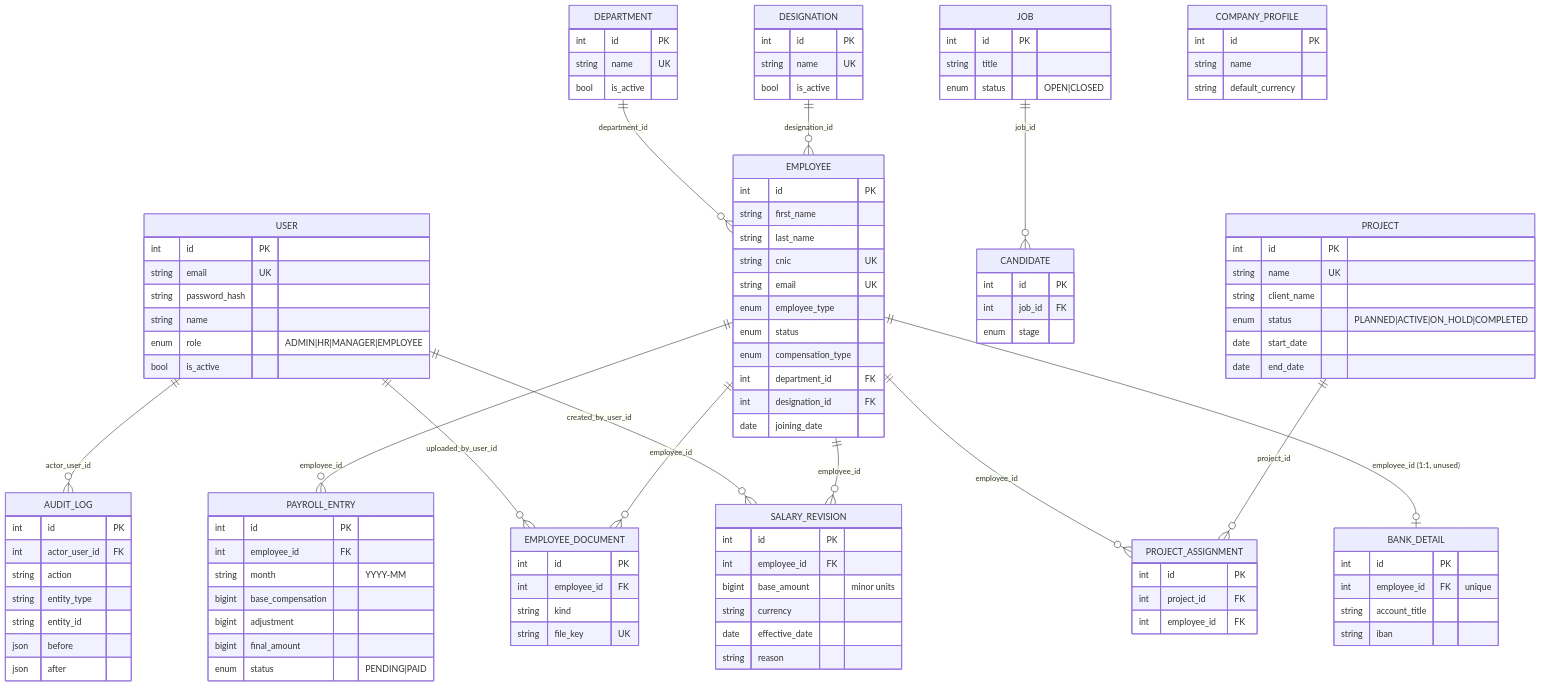
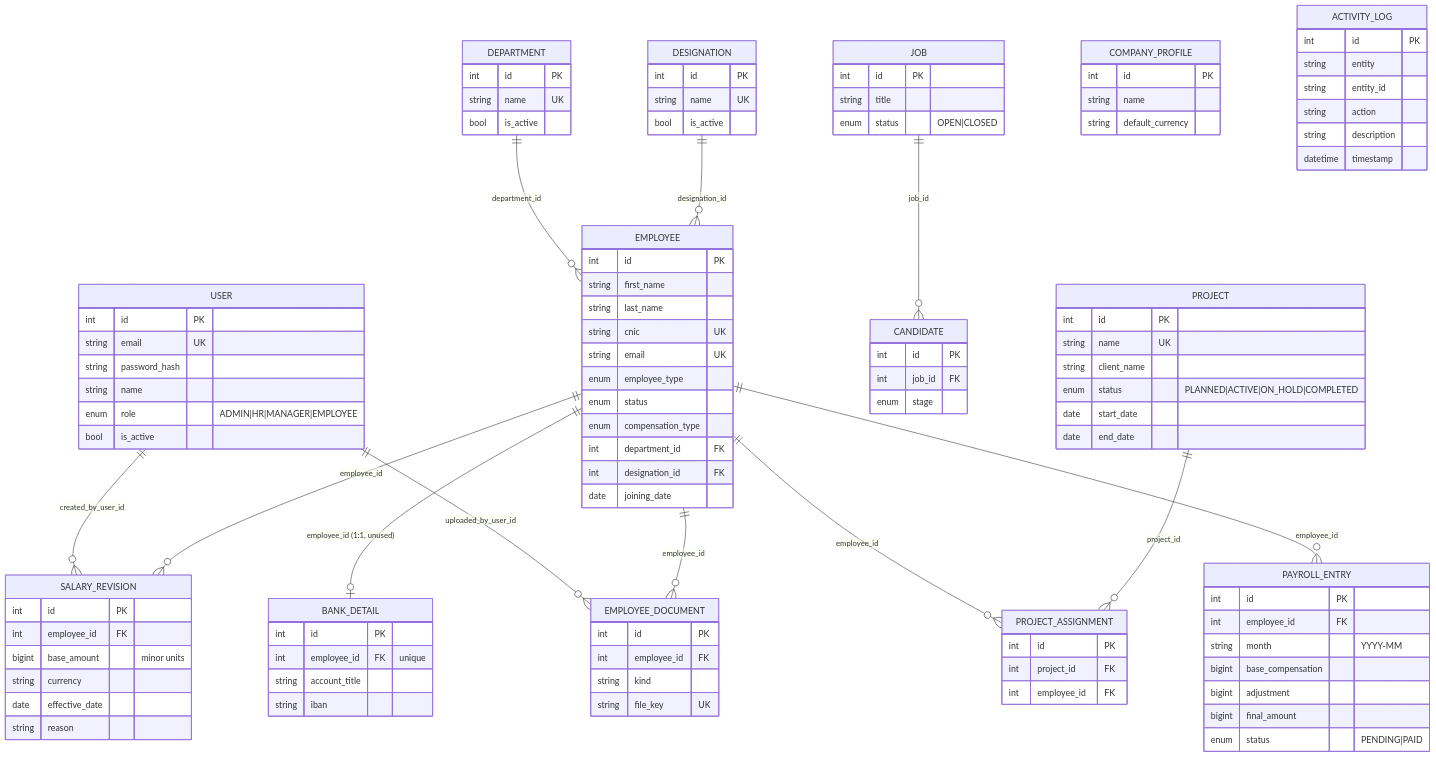
The diagram in docs/Database/Schema.md (techmanion/techmanion-portal), drawn with Mermaid before and after one commit. The commit also changed other lines of this file and 120 other files, not shown here.

Commit message:
Refactor the frontend and backend to follow better code quality architecture

````diff
--- a/docs/Database/Schema.md
+++ b/docs/Database/Schema.md
@@ -16,7 +17,6 @@
 erDiagram
     USER ||--o{ SALARY_REVISION : "created_by_user_id"
     USER ||--o{ EMPLOYEE_DOCUMENT : "uploaded_by_user_id"
-    USER ||--o{ AUDIT_LOG : "actor_user_id"
 
     DEPARTMENT ||--o{ EMPLOYEE : "department_id"
     DESIGNATION ||--o{ EMPLOYEE : "designation_id"
@@ -119,13 +119,12 @@
         string name
         string default_currency
     }
-    AUDIT_LOG {
+    ACTIVITY_LOG {
         int id PK
-        int actor_user_id FK
+        string entity
+        string entity_id
         string action
-        string entity_type
-        string entity_id
-        json before
-        json after
+        string description
+        datetime timestamp
     }
 ```
````
